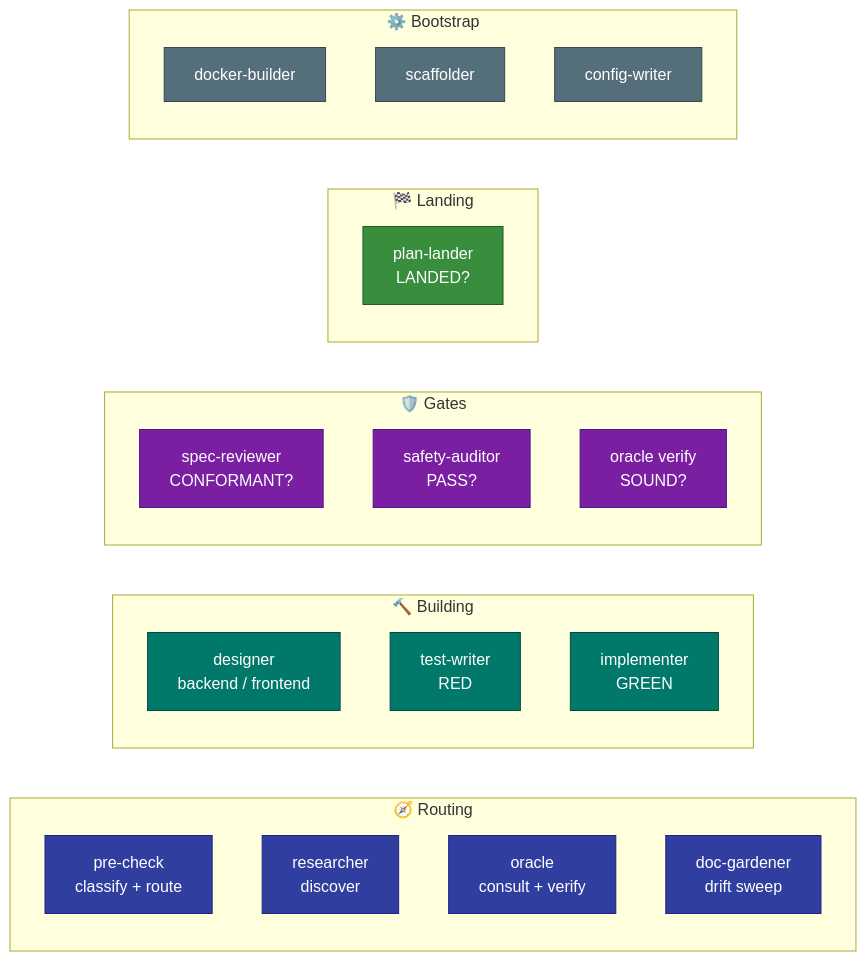
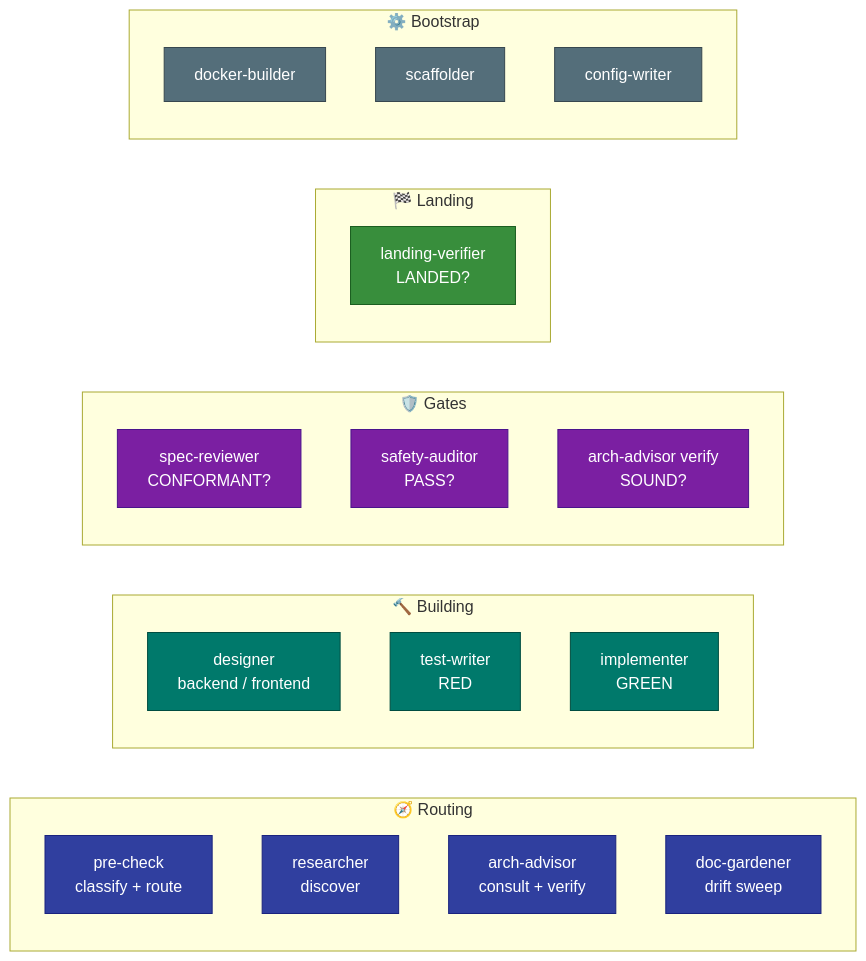
One commit to TejGandham/keel changed the fifth of 5 diagrams in docs/HOW-IT-WORKS.md. Above: the diagram before and after it, drawn with Mermaid. The commit also changed other lines of this file and 30 other files, not shown here.

First line of the commit message:
refactor: rename oracle → arch-advisor, plan-lander → landing-verifier

````diff
--- a/docs/HOW-IT-WORKS.md
+++ b/docs/HOW-IT-WORKS.md
@@ -168,46 +168,46 @@
 ```mermaid
 graph LR
     subgraph "🧭 Routing"
         PC2[pre-check<br/>classify + route]
         RS[researcher<br/>discover]
-        OR[oracle<br/>consult + verify]
+        OR[arch-advisor<br/>consult + verify]
         DG[doc-gardener<br/>drift sweep]
     end
 
     subgraph "🔨 Building"
         DE[designer<br/>backend / frontend]
         TW2[test-writer<br/>RED]
         IM[implementer<br/>GREEN]
     end
 
     subgraph "🛡️ Gates"
         SR2[spec-reviewer<br/>CONFORMANT?]
         SA2[safety-auditor<br/>PASS?]
-        OV2[oracle verify<br/>SOUND?]
+        OV2[arch-advisor verify<br/>SOUND?]
     end
 
     subgraph "🏁 Landing"
-        PL2[plan-lander<br/>LANDED?]
+        PL2[landing-verifier<br/>LANDED?]
     end
 
     subgraph "⚙️ Bootstrap"
         DB[docker-builder]
         SC[scaffolder]
         CW[config-writer]
     end
 
     style PC2 fill:#303F9F,stroke:#1A237E,color:#fff
     style RS fill:#303F9F,stroke:#1A237E,color:#fff
     style OR fill:#303F9F,stroke:#1A237E,color:#fff
     style DG fill:#303F9F,stroke:#1A237E,color:#fff
     style DE fill:#00796B,stroke:#004D40,color:#fff
     style TW2 fill:#00796B,stroke:#004D40,color:#fff
     style IM fill:#00796B,stroke:#004D40,color:#fff
     style SR2 fill:#7B1FA2,stroke:#4A148C,color:#fff
     style SA2 fill:#7B1FA2,stroke:#4A148C,color:#fff
     style OV2 fill:#7B1FA2,stroke:#4A148C,color:#fff
     style PL2 fill:#388E3C,stroke:#1B5E20,color:#fff
     style DB fill:#546E7A,stroke:#37474F,color:#fff
     style SC fill:#546E7A,stroke:#37474F,color:#fff
     style CW fill:#546E7A,stroke:#37474F,color:#fff
 ```
````
